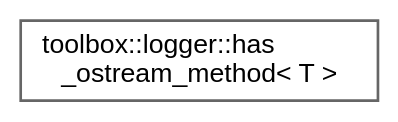
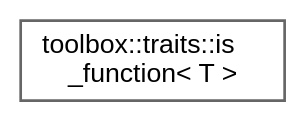
The diagram in inherit_graph_41.dot (nerdneilsfield/cpp-toolbox), drawn with Graphviz before and after one commit. The commit also changed 329 other files, not shown here.

```diff
--- a/inherit_graph_41.dot
+++ b/inherit_graph_41.dot
@@ -1,9 +1,9 @@
 digraph "Graphical Class Hierarchy"
 {
  // LATEX_PDF_SIZE
   bgcolor="transparent";
   edge [fontname=Helvetica,fontsize=10,labelfontname=Helvetica,labelfontsize=10];
   node [fontname=Helvetica,fontsize=10,shape=box,height=0.2,width=0.4];
   rankdir="LR";
-  Node0 [id="Node000000",label="toolbox::logger::has\l_ostream_method\< T \>",height=0.2,width=0.4,color="grey40", fillcolor="white", style="filled",URL="$structtoolbox_1_1logger_1_1has__ostream__method.html",tooltip="检查类型是否具有ostream方法的类型特征 / Type trait to check if a type has an ostream method"];
+  Node0 [id="Node000000",label="toolbox::traits::is\l_function\< T \>",height=0.2,width=0.4,color="grey40", fillcolor="white", style="filled",URL="$structtoolbox_1_1traits_1_1is__function.html",tooltip="检查类型是否为函数/Check if type is a function"];
 }
```
